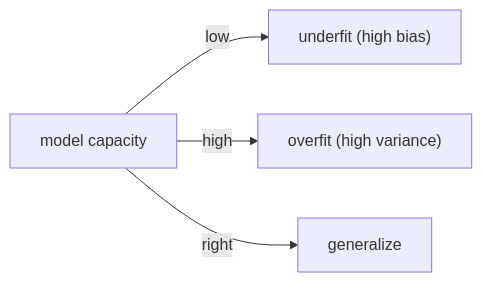
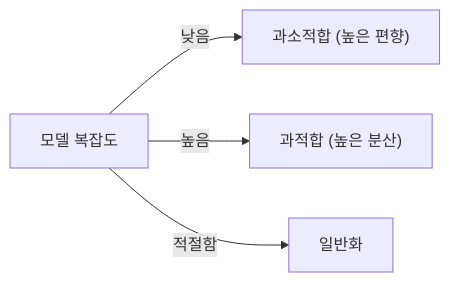
One commit to yeongseon-books/book-content changed the diagram in content/machine-learning-101/ko/08-overfitting-and-regularization.md. Above: the diagram before and after it, drawn with Mermaid. The commit also changed other lines of this file and 6 other files, not shown here.

````diff
--- a/content/machine-learning-101/ko/08-overfitting-and-regularization.md
+++ b/content/machine-learning-101/ko/08-overfitting-and-regularization.md
@@ -33,6 +47,6 @@
 ```mermaid
 flowchart LR
-    Cap["model capacity"] -->|low| Under["underfit (high bias)"]
-    Cap -->|high| Over["overfit (high variance)"]
-    Cap -->|right| Good["generalize"]
+    Cap["모델 복잡도"] -->|낮음| Under["과소적합 (높은 편향)"]
+    Cap -->|높음| Over["과적합 (높은 분산)"]
+    Cap -->|적절함| Good["일반화"]
 ```
````
